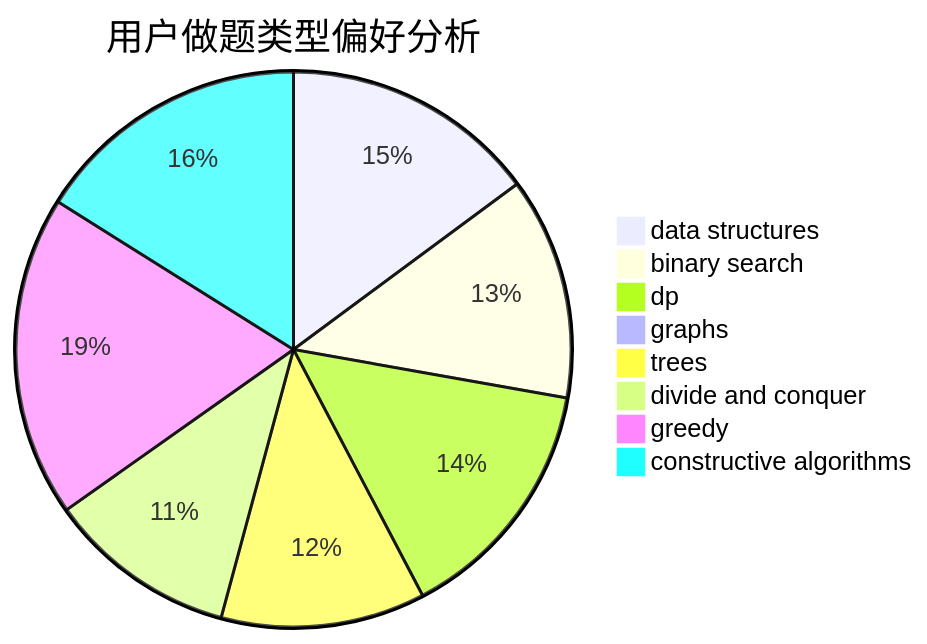
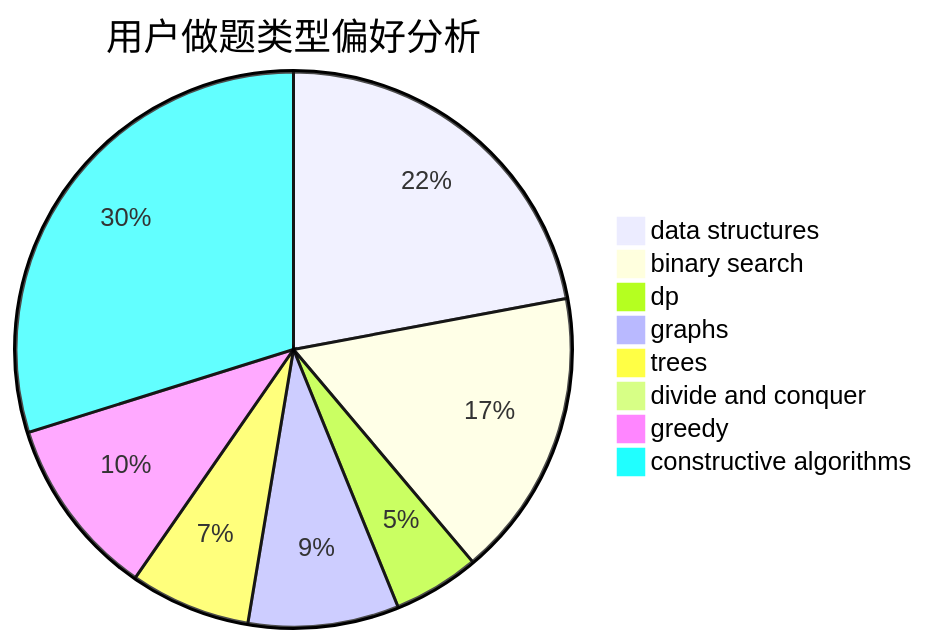
Before and after one commit to sherpahu/cfrs.github.io: the second of 3 diagrams in docs/user/u659.md, drawn with Mermaid. The commit also changed other lines of this file and 2770 other files, not shown here.

````diff
--- a/docs/user/u659.md
+++ b/docs/user/u659.md
@@ -23,11 +23,11 @@
 ```mermaid
 pie title 用户做题类型偏好分析
-    "data structures" :  85
-    "binary search" :  74
-    "dp" :  83
-    "graphs" :  5
-    "trees" :  68
-    "divide and conquer" :  63
-    "greedy" :  107
-    "constructive algorithms" :  92
+    "data structures" :  88
+    "binary search" :  67
+    "dp" :  20
+    "graphs" :  35
+    "trees" :  28
+    "divide and conquer" :  2
+    "greedy" :  42
+    "constructive algorithms" :  119
 ```
````
